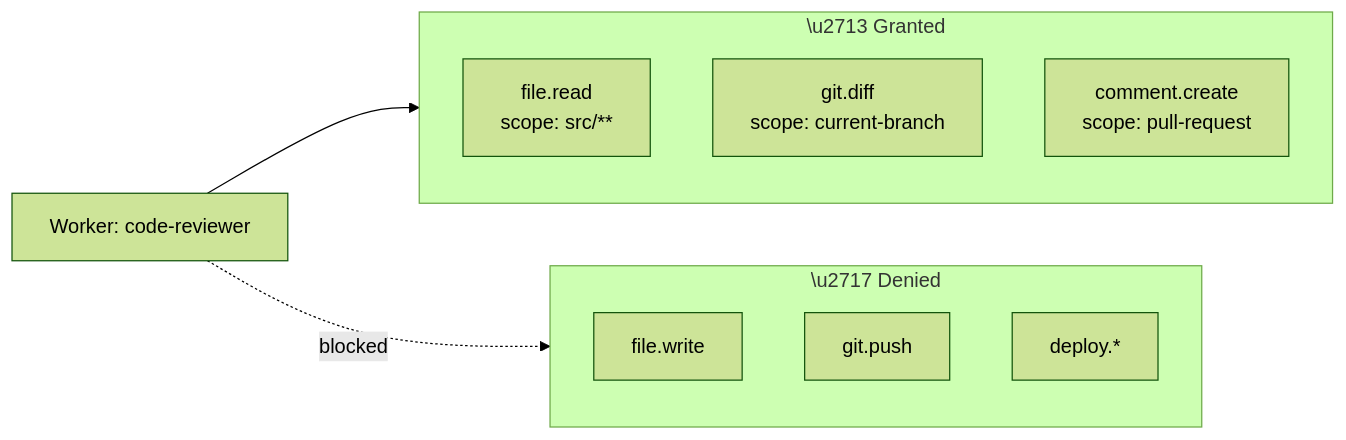
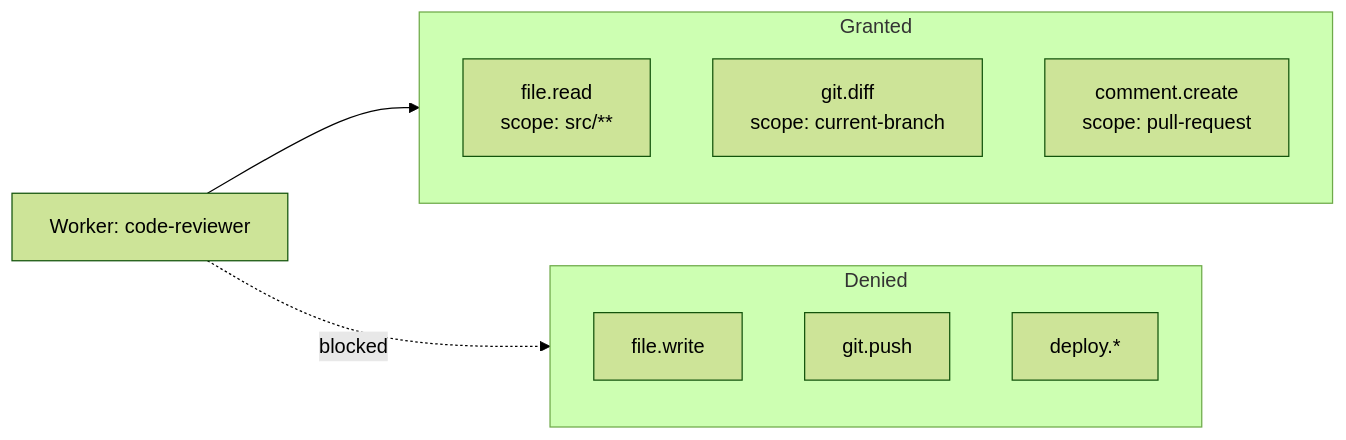
One commit to marcelaldecoa/TheAgenticOS changed the first of 2 diagrams in src/part-2-the-agentic-os-model/12-governance-plane.md. Above: the diagram before and after it, drawn with Mermaid (forest theme). The commit also changed 7 other files, not shown here.

````diff
--- a/src/part-2-the-agentic-os-model/12-governance-plane.md
+++ b/src/part-2-the-agentic-os-model/12-governance-plane.md
@@ -17,15 +17,15 @@
 ```mermaid
 flowchart LR
-  subgraph Granted["\u2713 Granted"]
+  subgraph Granted["Granted"]
     R["file.read\nscope: src/**"]
     D["git.diff\nscope: current-branch"]
     C["comment.create\nscope: pull-request"]
   end
-  subgraph Denied["\u2717 Denied"]
+  subgraph Denied["Denied"]
     W["file.write"]
     P["git.push"]
     Dep["deploy.*"]
   end
   Worker["Worker: code-reviewer"] --> Granted
   Worker -.->|blocked| Denied
 ```
````
